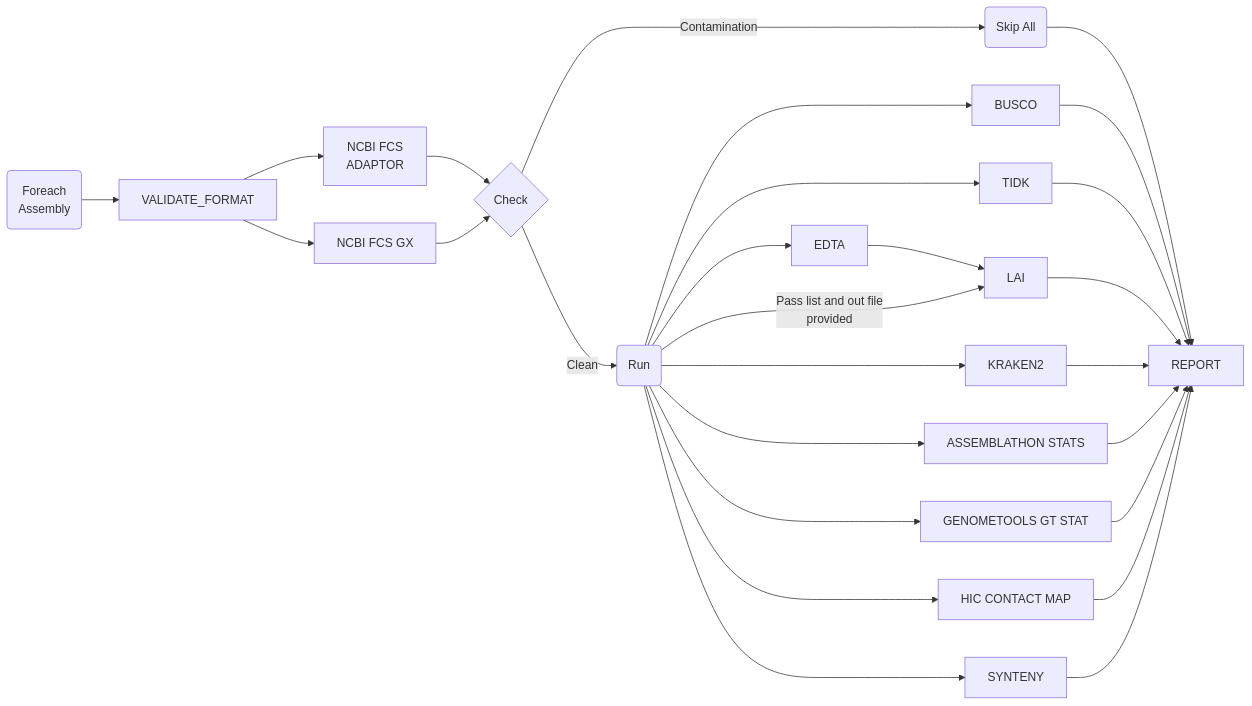
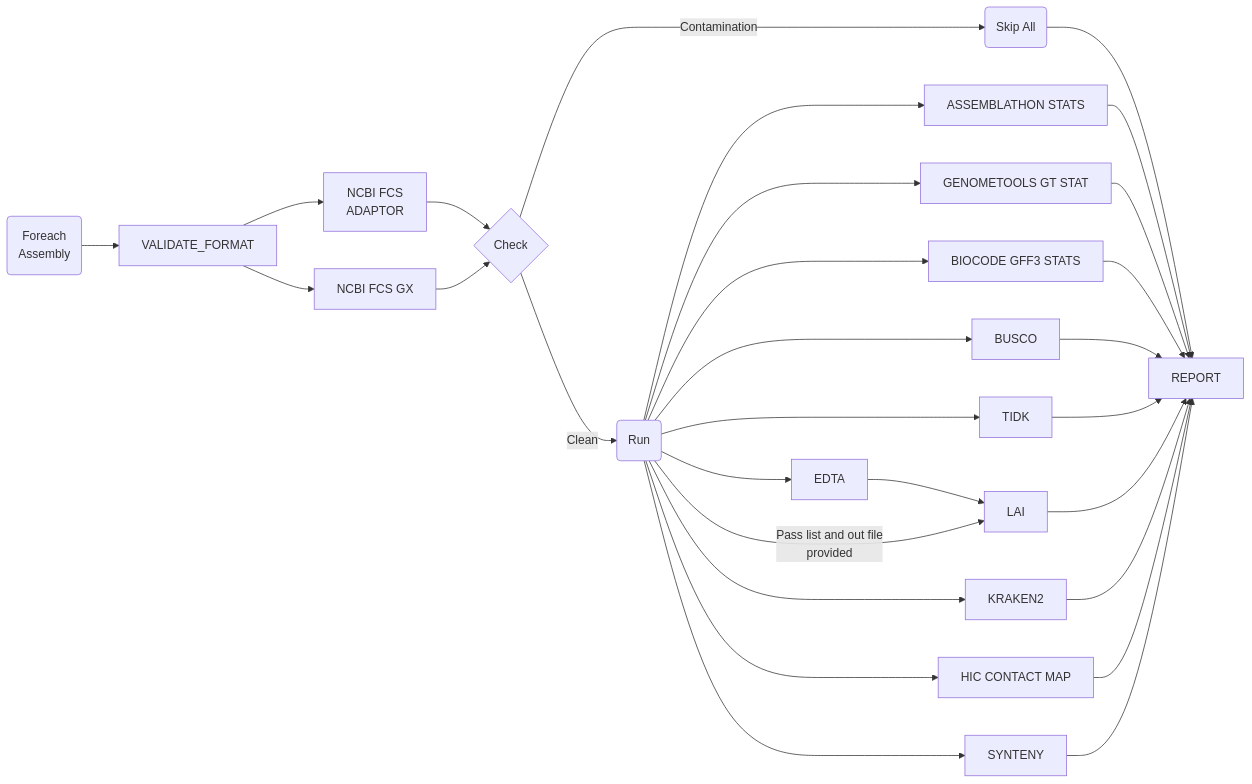
Before and after one commit to Plant-Food-Research-Open/assemblyqc: the diagram in README.md, drawn with Mermaid. The commit also changed other lines of this file and 13 other files, not shown here.

Commit message:
Added biocode gff3 stats

````diff
--- a/README.md
+++ b/README.md
@@ -21,34 +21,36 @@
 ```mermaid
 flowchart LR
   forEachTag(Foreach\nAssembly) --> VALIDATE_FORMAT
   
   VALIDATE_FORMAT --> ncbiFCS[NCBI FCS\nADAPTOR]
   ncbiFCS --> Check{Check}
 
   VALIDATE_FORMAT --> ncbiGX[NCBI FCS GX]
   ncbiGX --> Check
   Check --> |Clean|Run(Run)
 
   Check --> |Contamination|Skip(Skip All)
   Skip --> REPORT
   
+  Run --> ASS_STATS[ASSEMBLATHON STATS]
+  Run --> GFF_STATS[GENOMETOOLS GT STAT]
+  Run --> GFF_STATS_II[BIOCODE GFF3 STATS]
   Run --> BUSCO
   Run --> TIDK
   Run --> EDTA
   EDTA --> LAI
   Run --> |Pass list and out file\nprovided|LAI
   Run --> KRAKEN2
-  Run --> ASS_STATS[ASSEMBLATHON STATS]
-  Run --> GFF_STATS[GENOMETOOLS GT STAT]
   Run --> HIC_CONTACT_MAP[HIC CONTACT MAP]
   Run --> SYNTENY
 
+  ASS_STATS --> REPORT
+  GFF_STATS --> REPORT
+  GFF_STATS_II --> REPORT
   BUSCO --> REPORT
   TIDK --> REPORT
   LAI --> REPORT
   KRAKEN2 --> REPORT
-  ASS_STATS --> REPORT
-  GFF_STATS --> REPORT
   HIC_CONTACT_MAP --> REPORT
   SYNTENY --> REPORT
 ```
````
